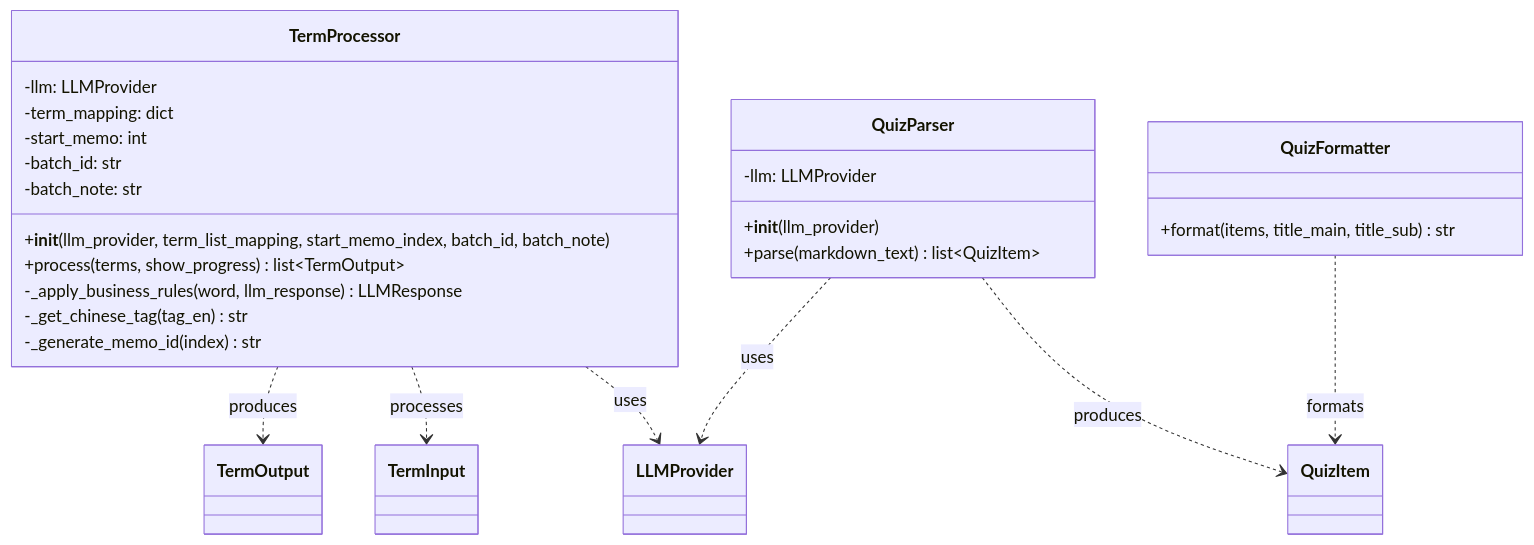
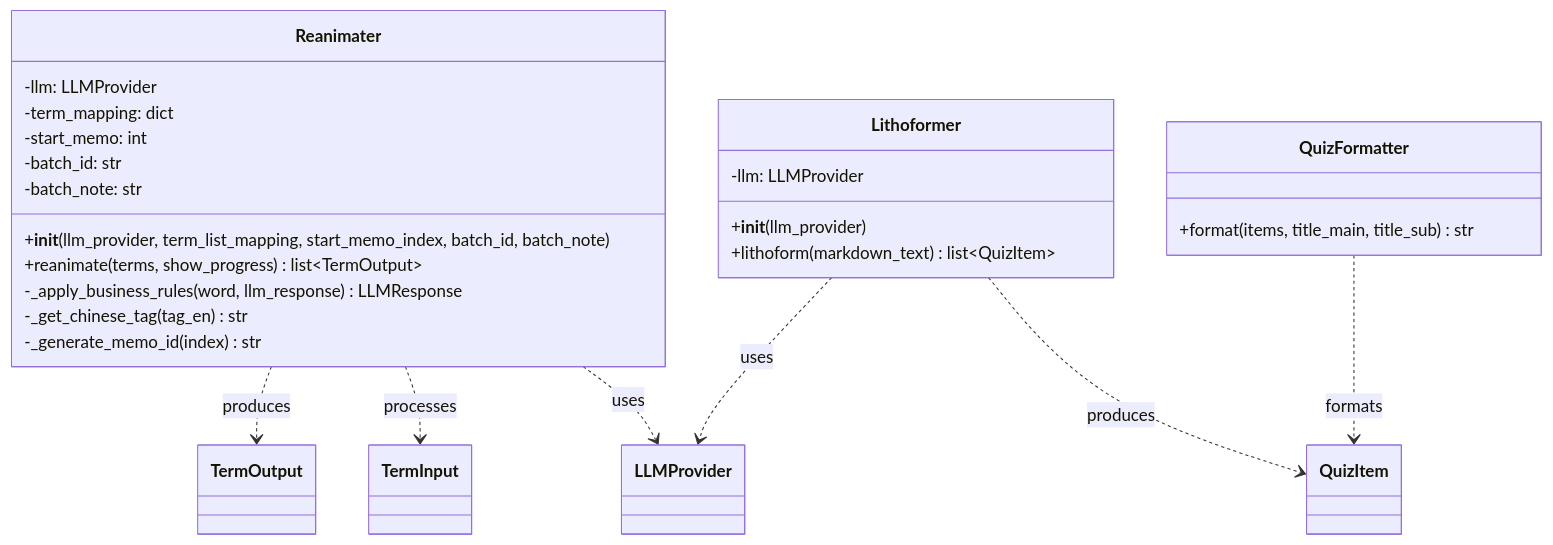
One commit to C1M0N/Memosyne changed the sixth of 11 diagrams in ARCHITECTURE.md. Above: the diagram before and after it, drawn with Mermaid. The commit also changed other lines of this file and 22 other files, not shown here.

First line of the commit message:
[v0.6.2] 系统性重命名：MMS→Reanimater & ExParser→Lithoformer

````diff
--- a/ARCHITECTURE.md
+++ b/ARCHITECTURE.md
@@ -291,34 +291,34 @@
 ```mermaid
 classDiagram
-    class TermProcessor {
+    class Reanimater {
         -llm: LLMProvider
         -term_mapping: dict
         -start_memo: int
         -batch_id: str
         -batch_note: str
         +__init__(llm_provider, term_list_mapping, start_memo_index, batch_id, batch_note)
-        +process(terms, show_progress) list~TermOutput~
+        +reanimate(terms, show_progress) list~TermOutput~
         -_apply_business_rules(word, llm_response) LLMResponse
         -_get_chinese_tag(tag_en) str
         -_generate_memo_id(index) str
     }
 
-    class QuizParser {
+    class Lithoformer {
         -llm: LLMProvider
         +__init__(llm_provider)
-        +parse(markdown_text) list~QuizItem~
+        +lithoform(markdown_text) list~QuizItem~
     }
 
     class QuizFormatter {
         +format(items, title_main, title_sub) str
     }
 
-    TermProcessor ..> LLMProvider : uses
-    TermProcessor ..> TermInput : processes
-    TermProcessor ..> TermOutput : produces
+    Reanimater ..> LLMProvider : uses
+    Reanimater ..> TermInput : processes
+    Reanimater ..> TermOutput : produces
 
-    QuizParser ..> LLMProvider : uses
-    QuizParser ..> QuizItem : produces
+    Lithoformer ..> LLMProvider : uses
+    Lithoformer ..> QuizItem : produces
 
     QuizFormatter ..> QuizItem : formats
 ```
````
